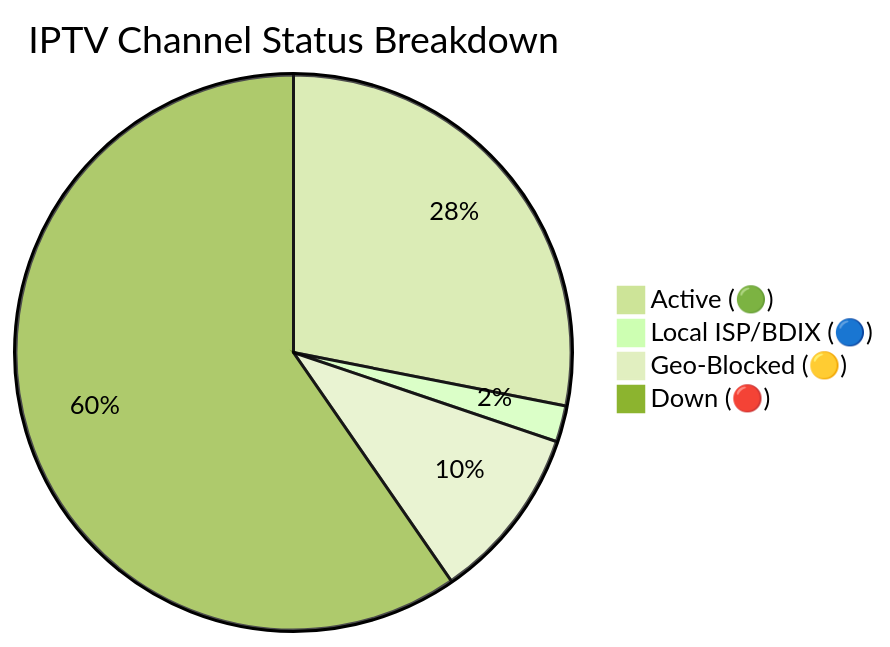
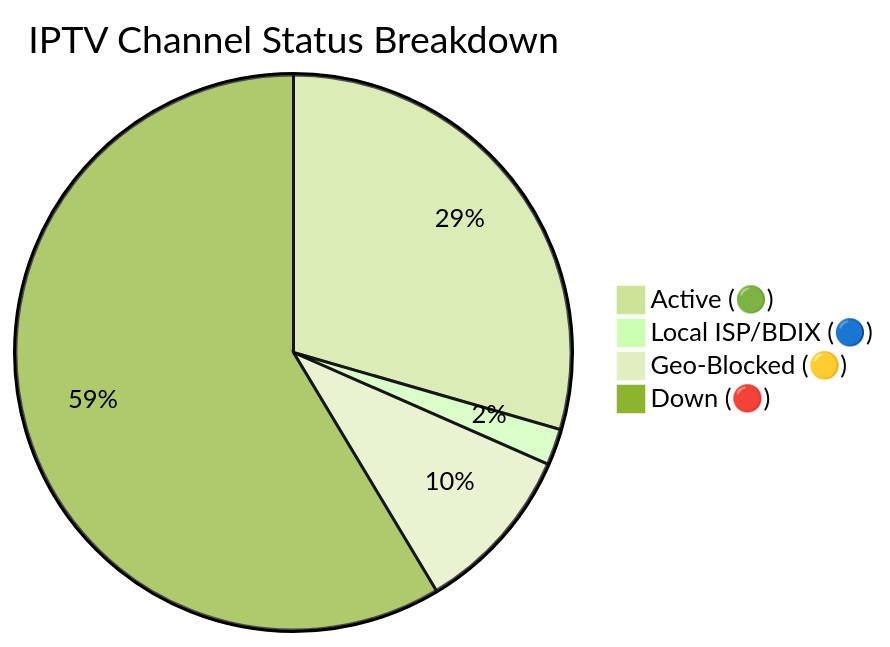
Before and after one commit to andreataylord/Ip-tv-Collection: the diagram in README.md, drawn with Mermaid (forest theme). The commit also changed other lines of this file and 1 other file, not shown here.

Commit message:
docs(readme): auto-update daily channel status chart

````diff
--- a/README.md
+++ b/README.md
@@ -59,7 +59,7 @@
 ```mermaid
 pie title IPTV Channel Status Breakdown
-    "Active (🟢)" : 1705
+    "Active (🟢)" : 1789
     "Local ISP/BDIX (🔵)" : 128
-    "Geo-Blocked (🟡)" : 618
-    "Down (🔴)" : 3619
+    "Geo-Blocked (🟡)" : 596
+    "Down (🔴)" : 3557
 ```
````
